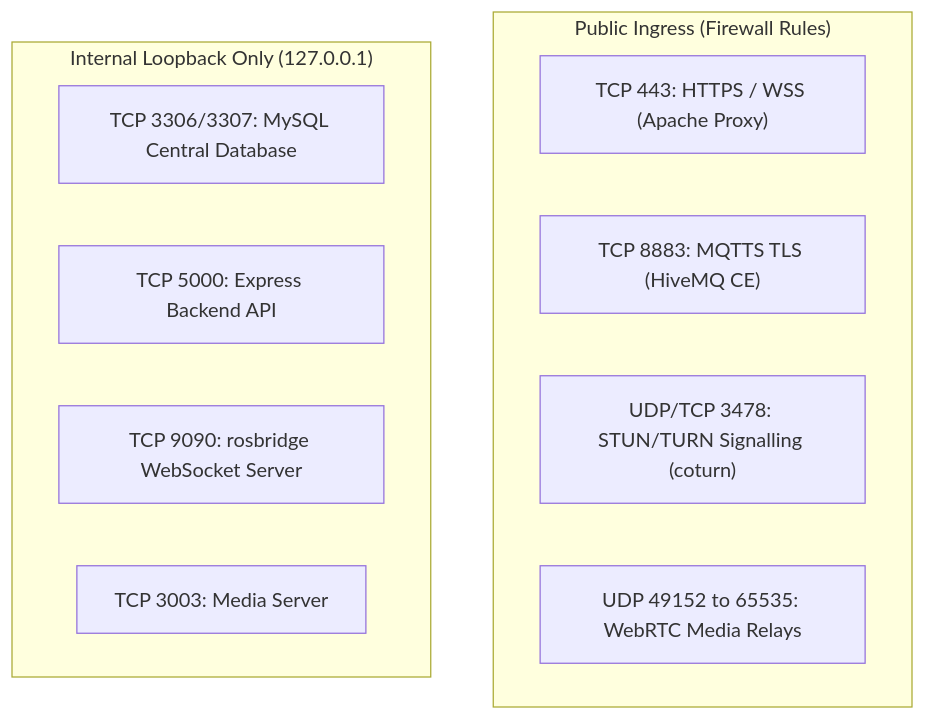
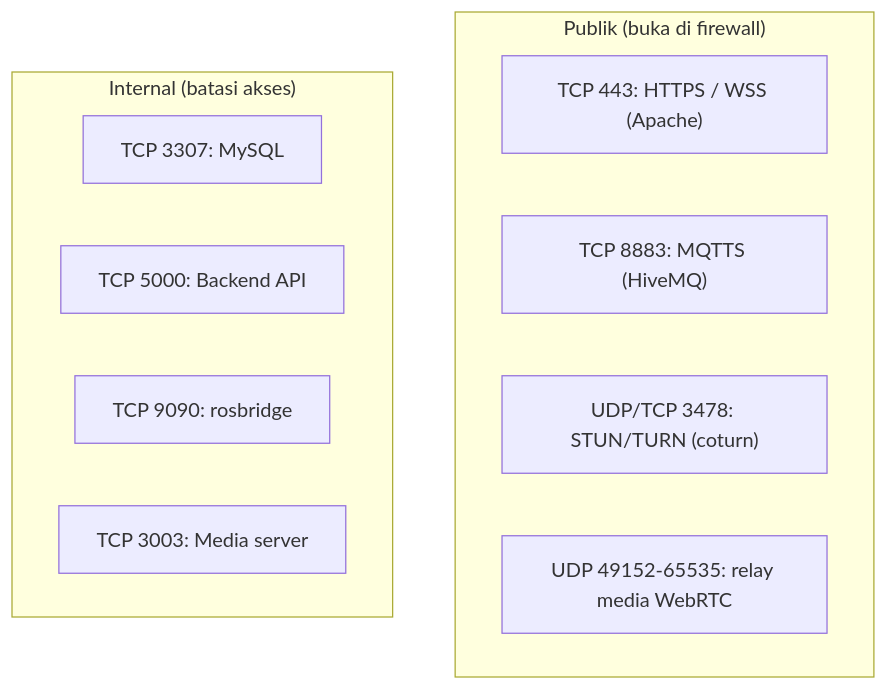
Before and after one commit to itbdelaboprogramming/msd700_documentation: the second of 2 diagrams in docs/id/setup/prerequisites.md, drawn with Mermaid. The commit also changed other lines of this file and 110 other files, not shown here.

````diff
--- a/docs/id/setup/prerequisites.md
+++ b/docs/id/setup/prerequisites.md
@@ -57,16 +56,16 @@
 ```mermaid
 flowchart TD
-  subgraph PublicIngress["Public Ingress (Firewall Rules)"]
-    P443["TCP 443: HTTPS / WSS (Apache Proxy)"]
-    P8883["TCP 8883: MQTTS TLS (HiveMQ CE)"]
-    P3478["UDP/TCP 3478: STUN/TURN Signalling (coturn)"]
-    PRANGE["UDP 49152 to 65535: WebRTC Media Relays"]
+  subgraph PublicIngress["Publik (buka di firewall)"]
+    P443["TCP 443: HTTPS / WSS (Apache)"]
+    P8883["TCP 8883: MQTTS (HiveMQ)"]
+    P3478["UDP/TCP 3478: STUN/TURN (coturn)"]
+    PRANGE["UDP 49152-65535: relay media WebRTC"]
   end
 
-  subgraph LocalLoopback["Internal Loopback Only (127.0.0.1)"]
-    P3306["TCP 3306/3307: MySQL Central Database"]
-    P5000["TCP 5000: Express Backend API"]
-    P9090["TCP 9090: rosbridge WebSocket Server"]
-    P3003["TCP 3003: Media Server"]
+  subgraph LocalLoopback["Internal (batasi akses)"]
+    P3306["TCP 3307: MySQL"]
+    P5000["TCP 5000: Backend API"]
+    P9090["TCP 9090: rosbridge"]
+    P3003["TCP 3003: Media server"]
   end
 ```
````
